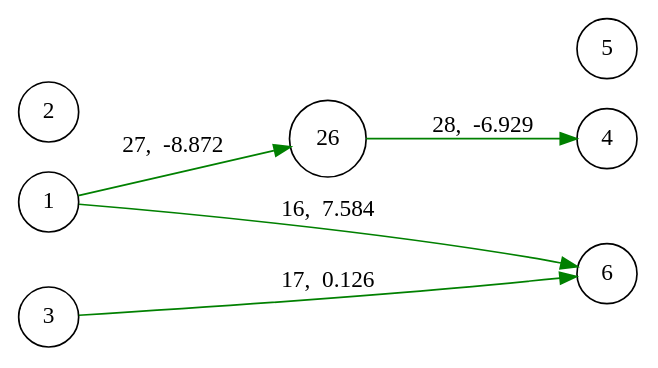
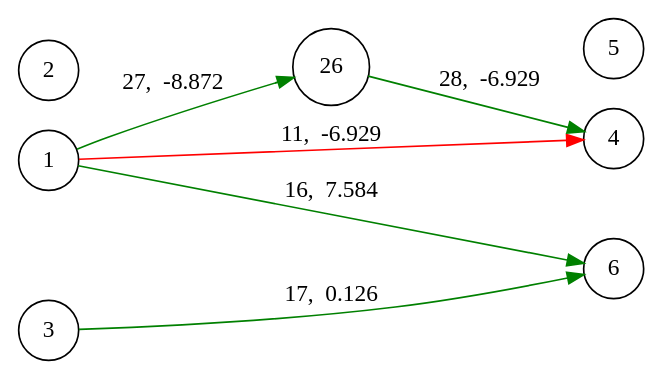
One commit to Rithvik-Reddy-Adapa/NEATJulia changed the diagram in neat_0_1.dot. Above: the diagram before and after it, drawn with Graphviz. The commit also changed 11 other files, not shown here.

```diff
--- a/neat_0_1.dot
+++ b/neat_0_1.dot
@@ -1,11 +1,12 @@
 digraph {
 	rankdir=LR;
 	node [shape=circle];
 	1->6[color=green,label="16,  7.584",penwidth=1.0];
+	1->4[color=red,label="11,  -6.929",penwidth=1.0];
 	1->26[color=green,label="27,  -8.872",penwidth=1.0];
 	3->6[color=green,label="17,  0.126",penwidth=1.0];
 	{rank=same; 1, 2, 3}
 	26->4[color=green,label="28,  -6.929",penwidth=1.0];
 	{rank=same; 26}
 	{rank=same; 4, 5, 6}
 }
```
